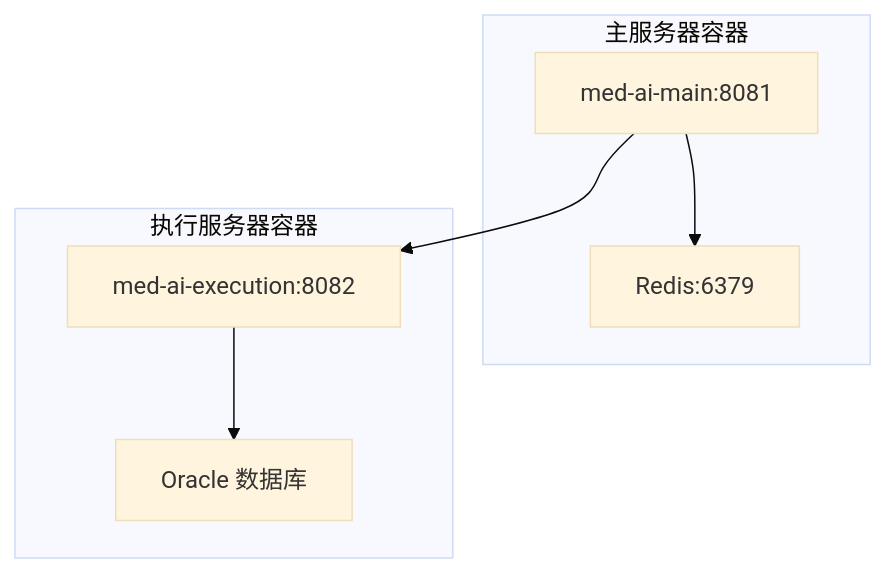
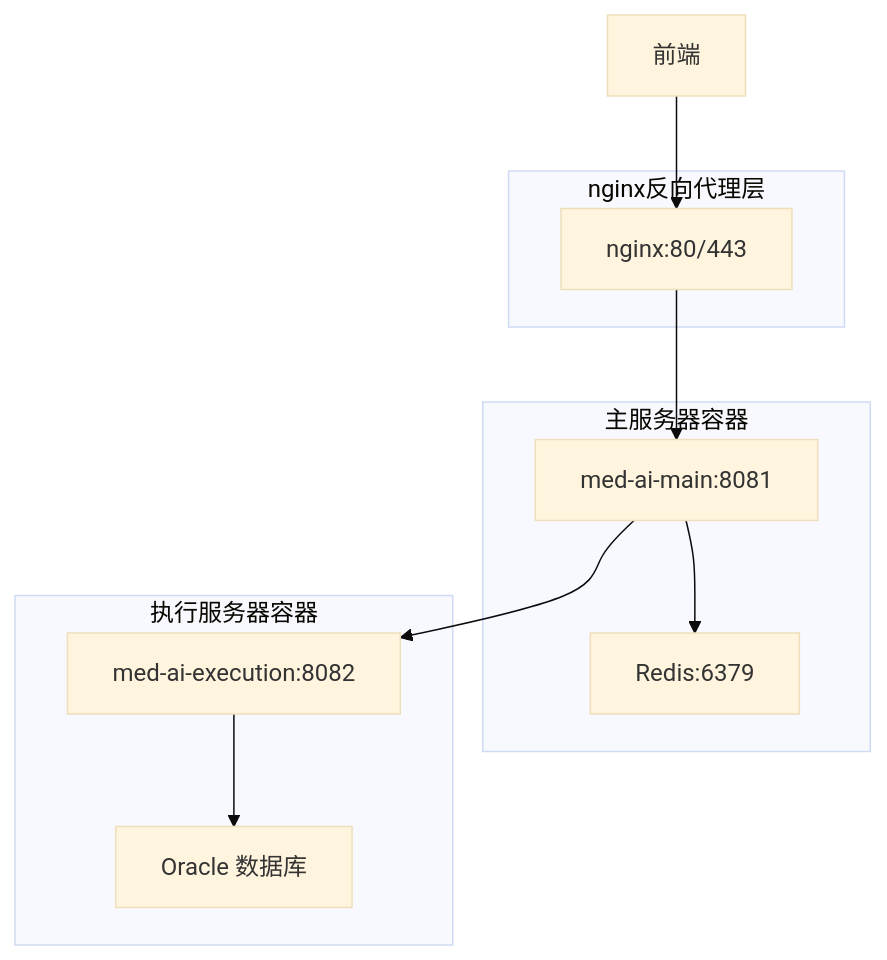
One commit to liuzh2008/med_ai_assistant_workspace changed the eighth of 11 diagrams in .qoder/repowiki/zh/content/系统架构/系统架构.md. Above: the diagram before and after it, drawn with Mermaid (base theme). The commit also changed other lines of this file and 4 other files, not shown here.

````diff
--- a/.qoder/repowiki/zh/content/系统架构/系统架构.md
+++ b/.qoder/repowiki/zh/content/系统架构/系统架构.md
@@ -263,14 +295,19 @@
 ```mermaid
 graph TB
+subgraph "nginx反向代理层"
+NGINX["nginx:80/443"]
+end
 subgraph "主服务器容器"
 M["med-ai-main:8081"]
 R["Redis:6379"]
 end
 subgraph "执行服务器容器"
 E["med-ai-execution:8082"]
 O["Oracle 数据库"]
 end
+FE["前端"] --> NGINX
+NGINX --> M
 M --> R
 M --> E
 E --> O
 ```
````
